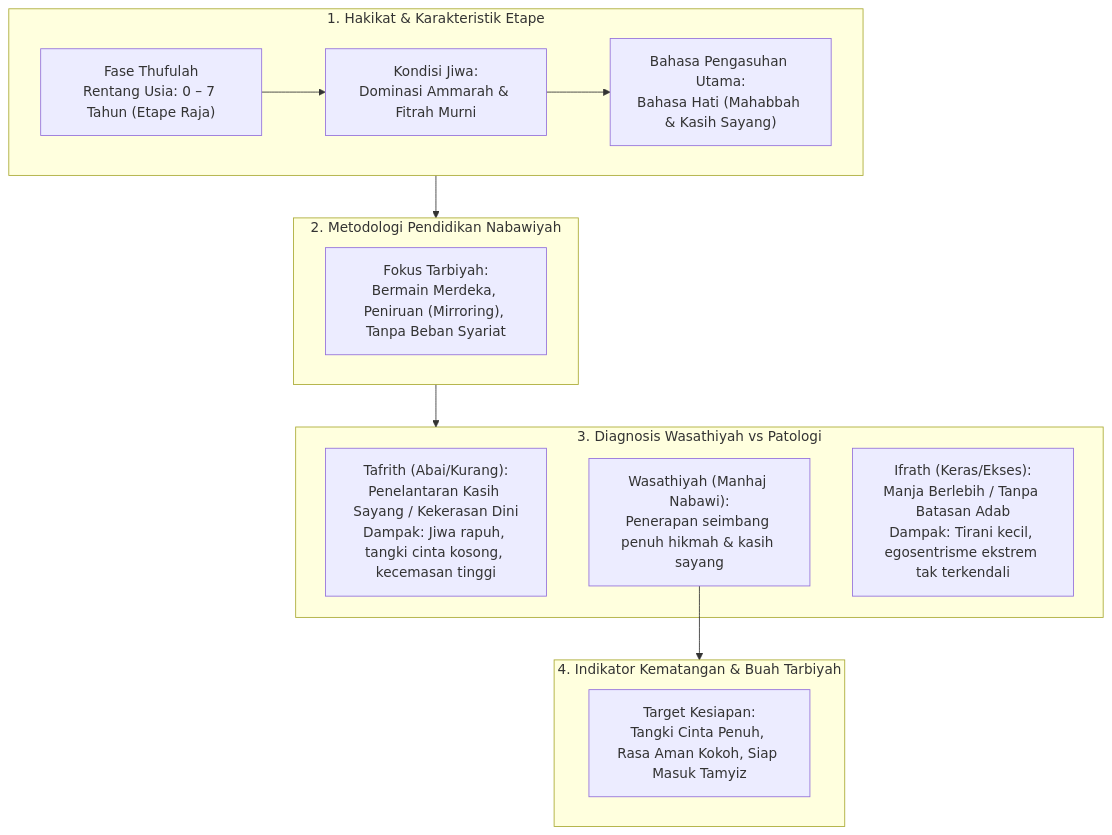
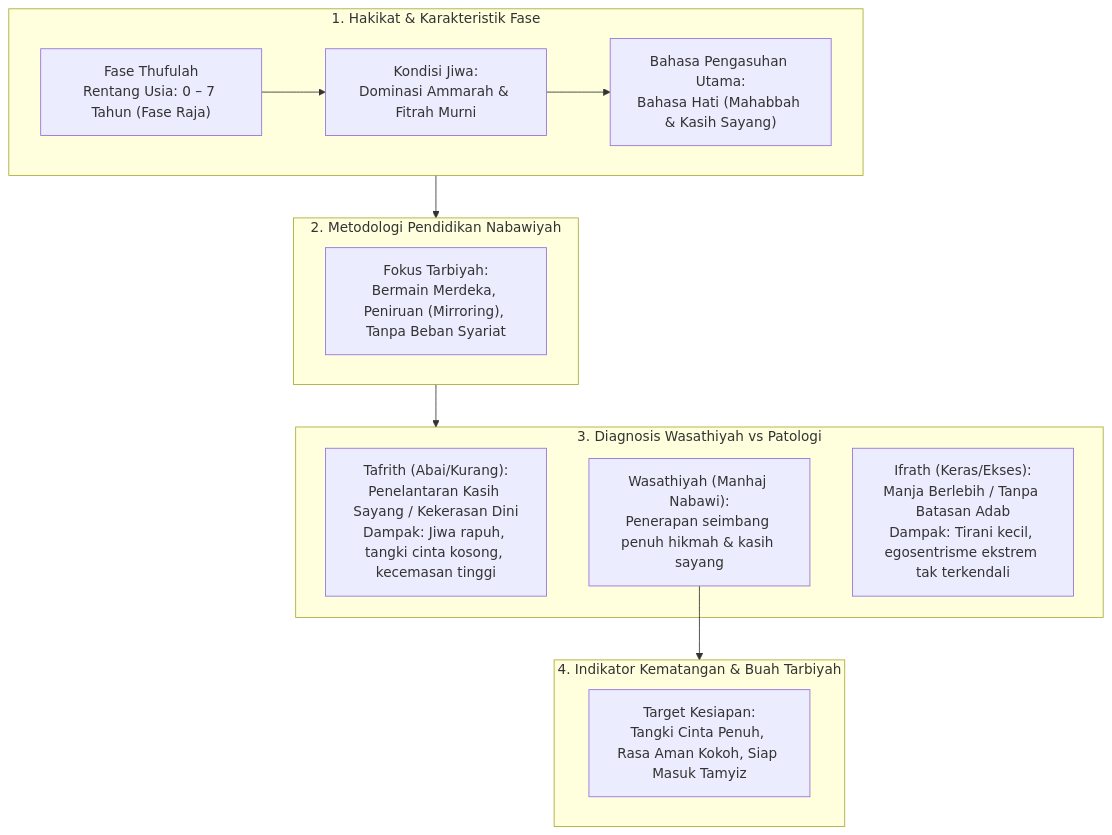
One commit to decaller/wiki-pkn changed the diagram in content_flow/Dokumen Pendidikan Karakter Nabawiyah/Paradigma & Implementasi/Insan/Fitrah (Karakter)/Perkembangan/Thufulah.md. Above: the diagram before and after it, drawn with Mermaid. The commit also changed 410 other files, not shown here.

Commit message:
feat: create master Glosarium and purify terminology across repo (etape -> fase, archetype -> uswah)

````diff
--- a/content_flow/Dokumen Pendidikan Karakter Nabawiyah/Paradigma & Implementasi/Insan/Fitrah (Karakter)/Perkembangan/Thufulah.md
+++ b/content_flow/Dokumen Pendidikan Karakter Nabawiyah/Paradigma & Implementasi/Insan/Fitrah (Karakter)/Perkembangan/Thufulah.md
@@ -10,25 +10,25 @@
 ```mermaid
 flowchart TD
-    subgraph S1["1. Hakikat & Karakteristik Etape"]
-        A1["Fase Thufulah<br/>Rentang Usia: 0 – 7 Tahun (Etape Raja)"] --> A2["Kondisi Jiwa:<br/>Dominasi Ammarah & Fitrah Murni"]
+    subgraph S1["1. Hakikat & Karakteristik Fase"]
+        A1["Fase Thufulah<br/>Rentang Usia: 0 – 7 Tahun (Fase Raja)"] --> A2["Kondisi Jiwa:<br/>Dominasi Ammarah & Fitrah Murni"]
         A2 --> A3["Bahasa Pengasuhan Utama:<br/>Bahasa Hati (Mahabbah & Kasih Sayang)"]
     end
 
     subgraph S2["2. Metodologi Pendidikan Nabawiyah"]
         B1["Fokus Tarbiyah:<br/>Bermain Merdeka, Peniruan (Mirroring), Tanpa Beban Syariat"]
     end
 
     subgraph S3["3. Diagnosis Wasathiyah vs Patologi"]
         C1["Tafrith (Abai/Kurang):<br/>Penelantaran Kasih Sayang / Kekerasan Dini<br/>Dampak: Jiwa rapuh, tangki cinta kosong, kecemasan tinggi"]
         C2["Wasathiyah (Manhaj Nabawi):<br/>Penerapan seimbang penuh hikmah & kasih sayang"]
         C3["Ifrath (Keras/Ekses):<br/>Manja Berlebih / Tanpa Batasan Adab<br/>Dampak: Tirani kecil, egosentrisme ekstrem tak terkendali"]
     end
 
     subgraph S4["4. Indikator Kematangan & Buah Tarbiyah"]
         D1["Target Kesiapan:<br/>Tangki Cinta Penuh, Rasa Aman Kokoh, Siap Masuk Tamyiz"]
     end
 
     S1 --> S2
     S2 --> S3
     C2 --> S4
 ```
````
